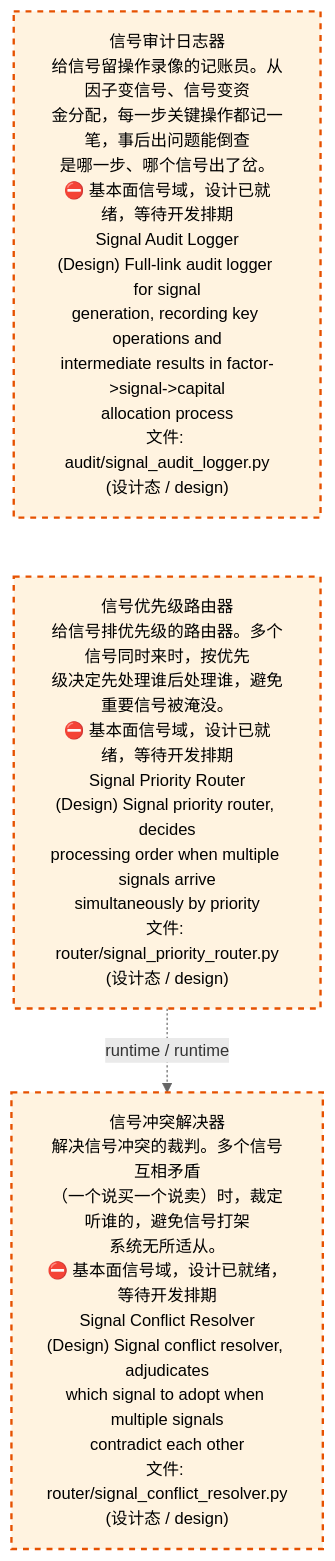
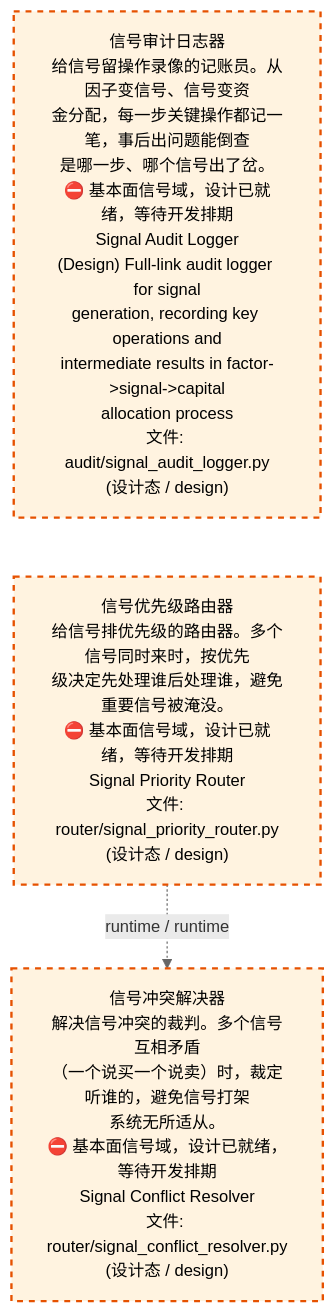
One commit to xuanFelixVan/ZephyrAlpha changed the third of 4 diagrams in docs/02_enterprise_architecture/02_domain_architecture_docs/48_d_fundamental_signal.md. Above: the diagram before and after it, drawn with Mermaid. The commit also changed other lines of this file and 58 other files, not shown here.

````diff
--- a/docs/02_enterprise_architecture/02_domain_architecture_docs/48_d_fundamental_signal.md
+++ b/docs/02_enterprise_architecture/02_domain_architecture_docs/48_d_fundamental_signal.md
@@ -160,14 +160,14 @@
 ```mermaid
 %%{init: {'theme': 'base', 'themeVariables': {'primaryColor': '#eaeaea', 'primaryTextColor': '#333333', 'primaryBorderColor': '#666666', 'lineColor': '#666666', 'secondaryColor': '#eaeaea', 'tertiaryColor': '#eaeaea', 'fontSize': '14px'}}}%%
 flowchart TD
     src_zephyr_signal_fundamental_audit_signal_audit_logger_py["信号审计日志器<br/>给信号留操作录像的记账员。从因子变信号、信号变资<br/>金分配，每一步关键操作都记一笔，事后出问题能倒查<br/>是哪一步、哪个信号出了岔。<br/>⛔ 基本面信号域，设计已就绪，等待开发排期<br/>Signal Audit Logger<br/>(Design) Full-link audit logger for signal<br/>generation, recording key operations and<br/>intermediate results in factor->signal->capital<br/>allocation process<br/>文件: audit/signal_audit_logger.py<br/>(设计态 / design)"]
-    src_zephyr_signal_fundamental_router_signal_priority_router_py["信号优先级路由器<br/>给信号排优先级的路由器。多个信号同时来时，按优先<br/>级决定先处理谁后处理谁，避免重要信号被淹没。<br/>⛔ 基本面信号域，设计已就绪，等待开发排期<br/>Signal Priority Router<br/>(Design) Signal priority router, decides<br/>processing order when multiple signals arrive<br/>simultaneously by priority<br/>文件: router/signal_priority_router.py<br/>(设计态 / design)"]
+    src_zephyr_signal_fundamental_router_signal_priority_router_py["信号优先级路由器<br/>给信号排优先级的路由器。多个信号同时来时，按优先<br/>级决定先处理谁后处理谁，避免重要信号被淹没。<br/>⛔ 基本面信号域，设计已就绪，等待开发排期<br/>Signal Priority Router<br/>文件: router/signal_priority_router.py<br/>(设计态 / design)"]
     src_zephyr_signal_fundamental_audit_signal_audit_logger_py ~~~ src_zephyr_signal_fundamental_router_signal_priority_router_py
-    src_zephyr_signal_fundamental_router_signal_conflict_resolver_py["信号冲突解决器<br/>解决信号冲突的裁判。多个信号互相矛盾<br/>（一个说买一个说卖）时，裁定听谁的，避免信号打架<br/>系统无所适从。<br/>⛔ 基本面信号域，设计已就绪，等待开发排期<br/>Signal Conflict Resolver<br/>(Design) Signal conflict resolver, adjudicates<br/>which signal to adopt when multiple signals<br/>contradict each other<br/>文件: router/signal_conflict_resolver.py<br/>(设计态 / design)"]
+    src_zephyr_signal_fundamental_router_signal_conflict_resolver_py["信号冲突解决器<br/>解决信号冲突的裁判。多个信号互相矛盾<br/>（一个说买一个说卖）时，裁定听谁的，避免信号打架<br/>系统无所适从。<br/>⛔ 基本面信号域，设计已就绪，等待开发排期<br/>Signal Conflict Resolver<br/>文件: router/signal_conflict_resolver.py<br/>(设计态 / design)"]
     src_zephyr_signal_fundamental_router_signal_priority_router_py -.->|runtime / runtime| src_zephyr_signal_fundamental_router_signal_conflict_resolver_py
     classDef production fill:#e1f5fe,stroke:#01579b,stroke-width:2px,color:#000
     classDef design fill:#fff3e0,stroke:#e65100,stroke-width:2px,color:#000,stroke-dasharray: 5 5
     classDef external_prod fill:#e8f4fd,stroke:#0277bd,stroke-width:1px,color:#000
     classDef external_design fill:#fff8e7,stroke:#ef6c00,stroke-width:1px,color:#000,stroke-dasharray: 5 5
     class src_zephyr_signal_fundamental_audit_signal_audit_logger_py,src_zephyr_signal_fundamental_router_signal_conflict_resolver_py,src_zephyr_signal_fundamental_router_signal_priority_router_py design
 ```
````
